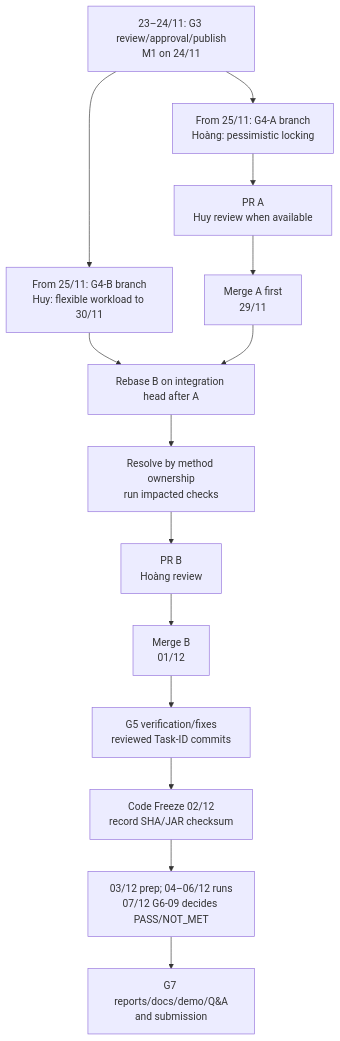
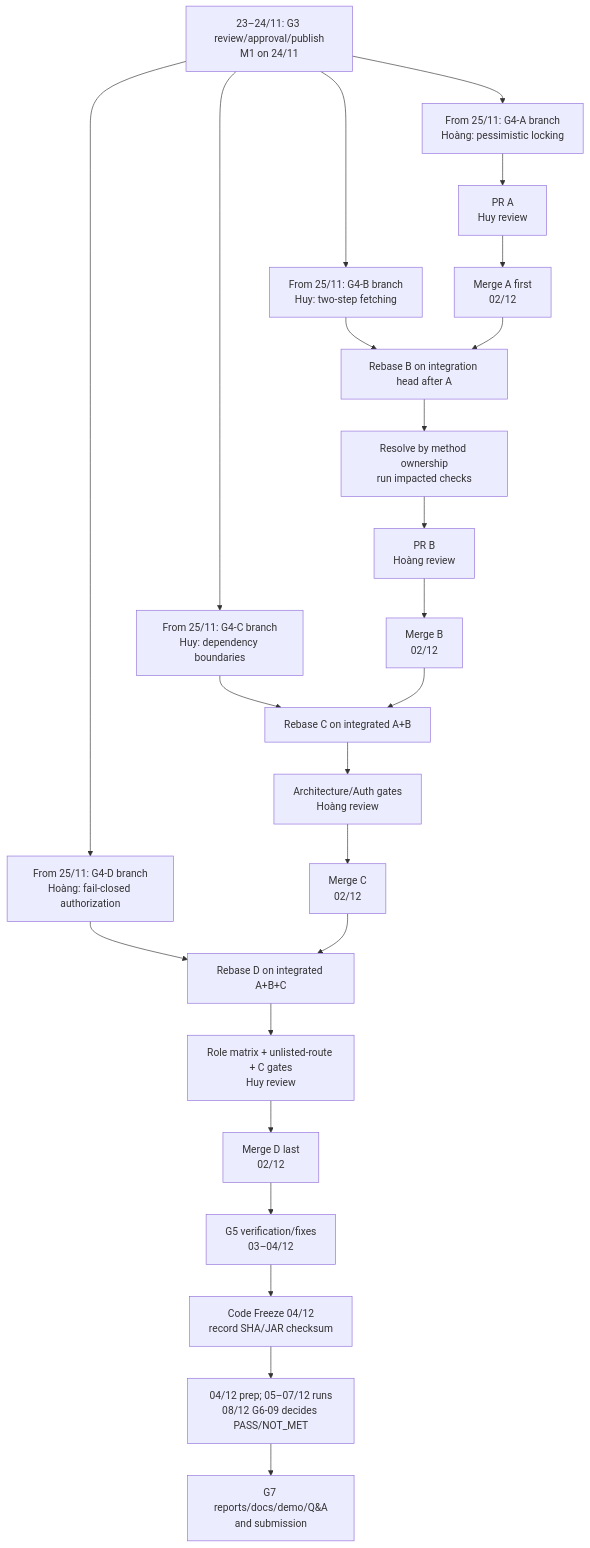
Before and after one commit to BuiHuy16/ByteMe-phase2: the diagram in docs/phase2/GIT_WORKFLOW.md, drawn with Mermaid. The commit also changed other lines of this file and 8 other files, not shown here.

Commit message:
docs (phase 2): fix roadmap

````diff
--- a/docs/phase2/GIT_WORKFLOW.md
+++ b/docs/phase2/GIT_WORKFLOW.md
@@ -107,14 +122,22 @@
 ```mermaid
 flowchart TD
     REVIEW["23–24/11: G3 review/approval/publish<br/>M1 on 24/11"] --> A["From 25/11: G4-A branch<br/>Hoàng: pessimistic locking"]
-    REVIEW --> B["From 25/11: G4-B branch<br/>Huy: flexible workload to 30/11"]
-    A --> PRA["PR A<br/>Huy review when available"] --> MA["Merge A first<br/>29/11"]
+    REVIEW --> B["From 25/11: G4-B branch<br/>Huy: two-step fetching"]
+    REVIEW --> C["From 25/11: G4-C branch<br/>Huy: dependency boundaries"]
+    REVIEW --> D["From 25/11: G4-D branch<br/>Hoàng: fail-closed authorization"]
+    A --> PRA["PR A<br/>Huy review"] --> MA["Merge A first<br/>02/12"]
     B --> REBASE["Rebase B on integration head after A"]
     MA --> REBASE
     REBASE --> CHECK["Resolve by method ownership<br/>run impacted checks"]
-    CHECK --> PRB["PR B<br/>Hoàng review"] --> MB["Merge B<br/>01/12"]
-    MB --> G5["G5 verification/fixes<br/>reviewed Task-ID commits"]
-    G5 --> FREEZE["Code Freeze 02/12<br/>record SHA/JAR checksum"]
-    FREEZE --> G6["03/12 prep; 04–06/12 runs<br/>07/12 G6-09 decides PASS/NOT_MET"]
+    CHECK --> PRB["PR B<br/>Hoàng review"] --> MB["Merge B<br/>02/12"]
+    C --> REBASEC["Rebase C on integrated A+B"]
+    MB --> REBASEC
+    REBASEC --> PRC["Architecture/Auth gates<br/>Hoàng review"] --> MC["Merge C<br/>02/12"]
+    D --> REBASED["Rebase D on integrated A+B+C"]
+    MC --> REBASED
+    REBASED --> PRD["Role matrix + unlisted-route + C gates<br/>Huy review"] --> MD["Merge D last<br/>02/12"]
+    MD --> G5["G5 verification/fixes<br/>03–04/12"]
+    G5 --> FREEZE["Code Freeze 04/12<br/>record SHA/JAR checksum"]
+    FREEZE --> G6["04/12 prep; 05–07/12 runs<br/>08/12 G6-09 decides PASS/NOT_MET"]
     G6 --> G7["G7 reports/docs/demo/Q&A<br/>and submission"]
 ```
````
